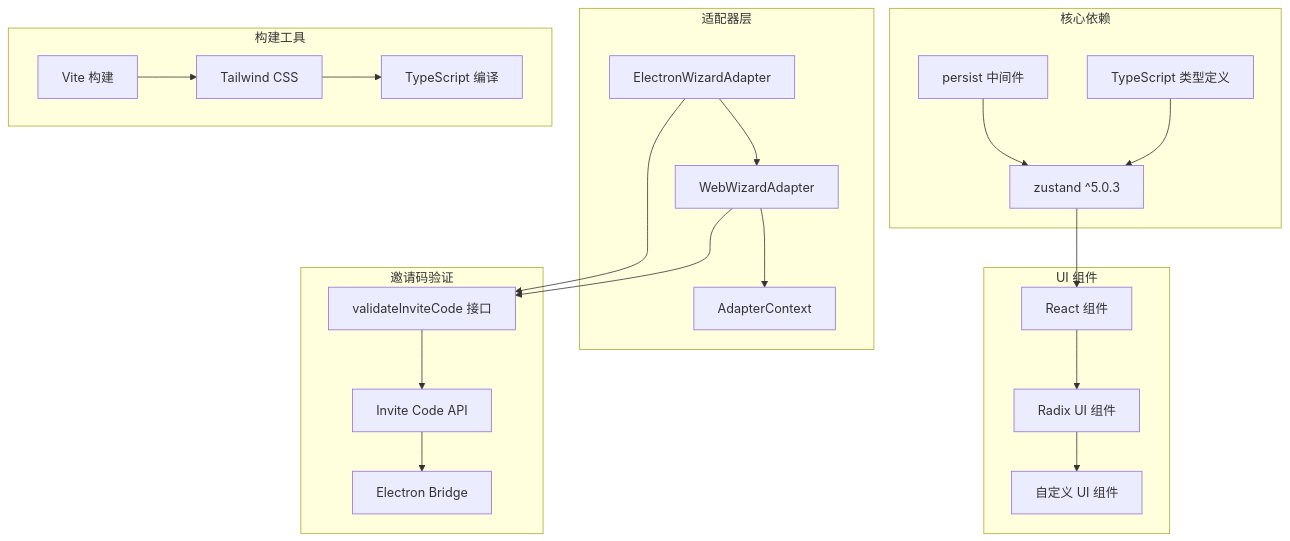
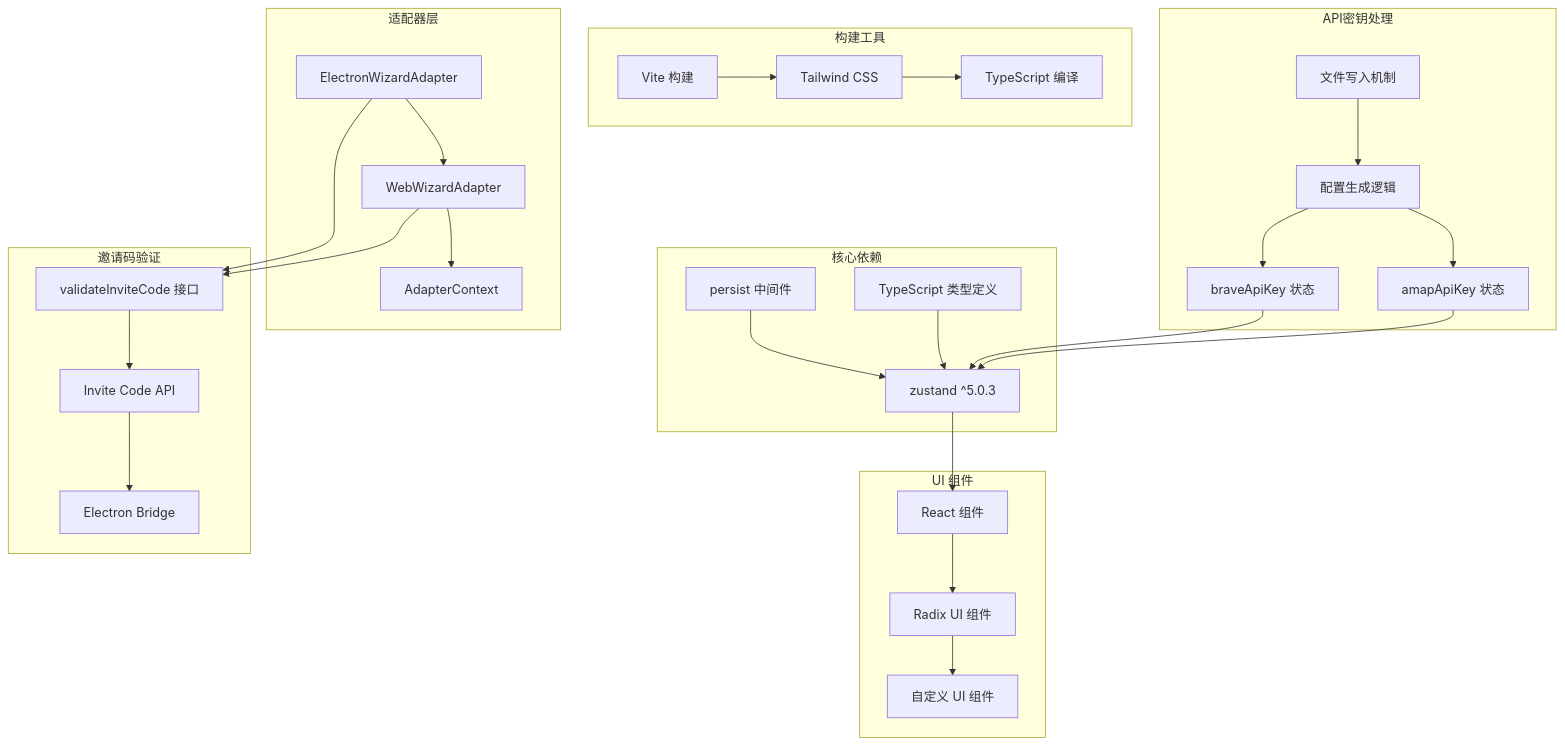
Before and after one commit to verse-ai-org/openclaw: diagram 14 of 14 in .qoder/repowiki/zh/content/设置向导状态管理.md, drawn with Mermaid. The commit also changed other lines of this file and 7 other files, not shown here.

````diff
--- a/.qoder/repowiki/zh/content/设置向导状态管理.md
+++ b/.qoder/repowiki/zh/content/设置向导状态管理.md
@@ -451,41 +513,52 @@
 ```mermaid
 graph TB
 subgraph "核心依赖"
 A[zustand ^5.0.3]
 B[persist 中间件]
 C[TypeScript 类型定义]
 end
 subgraph "UI 组件"
 D[React 组件]
 E[Radix UI 组件]
 F[自定义 UI 组件]
 end
 subgraph "适配器层"
 G[ElectronWizardAdapter]
 H[WebWizardAdapter]
 I[AdapterContext]
 end
 subgraph "构建工具"
 J[Vite 构建]
 K[Tailwind CSS]
 L[TypeScript 编译]
 end
 subgraph "邀请码验证"
 M[validateInviteCode 接口]
 N[Invite Code API]
 O[Electron Bridge]
 end
+subgraph "API密钥处理"
+P[braveApiKey 状态]
+Q[amapApiKey 状态]
+R[配置生成逻辑]
+S[文件写入机制]
+end
 A --> D
 B --> A
 C --> A
 D --> E
 E --> F
 G --> H
 H --> I
 G --> M
 H --> M
 M --> N
 N --> O
+P --> A
+Q --> A
+R --> P
+R --> Q
+S --> R
 J --> K
 K --> L
 ```
````
